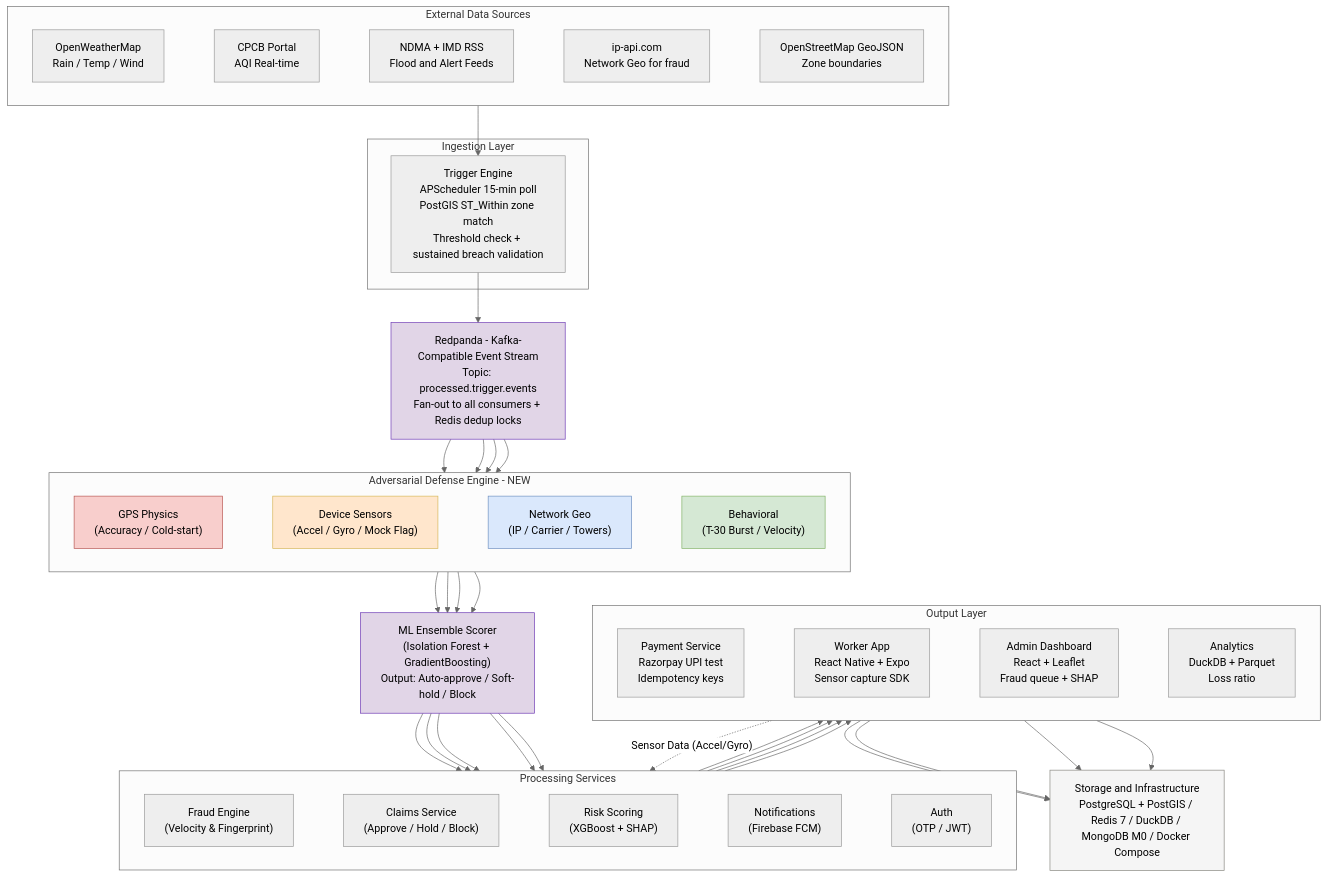
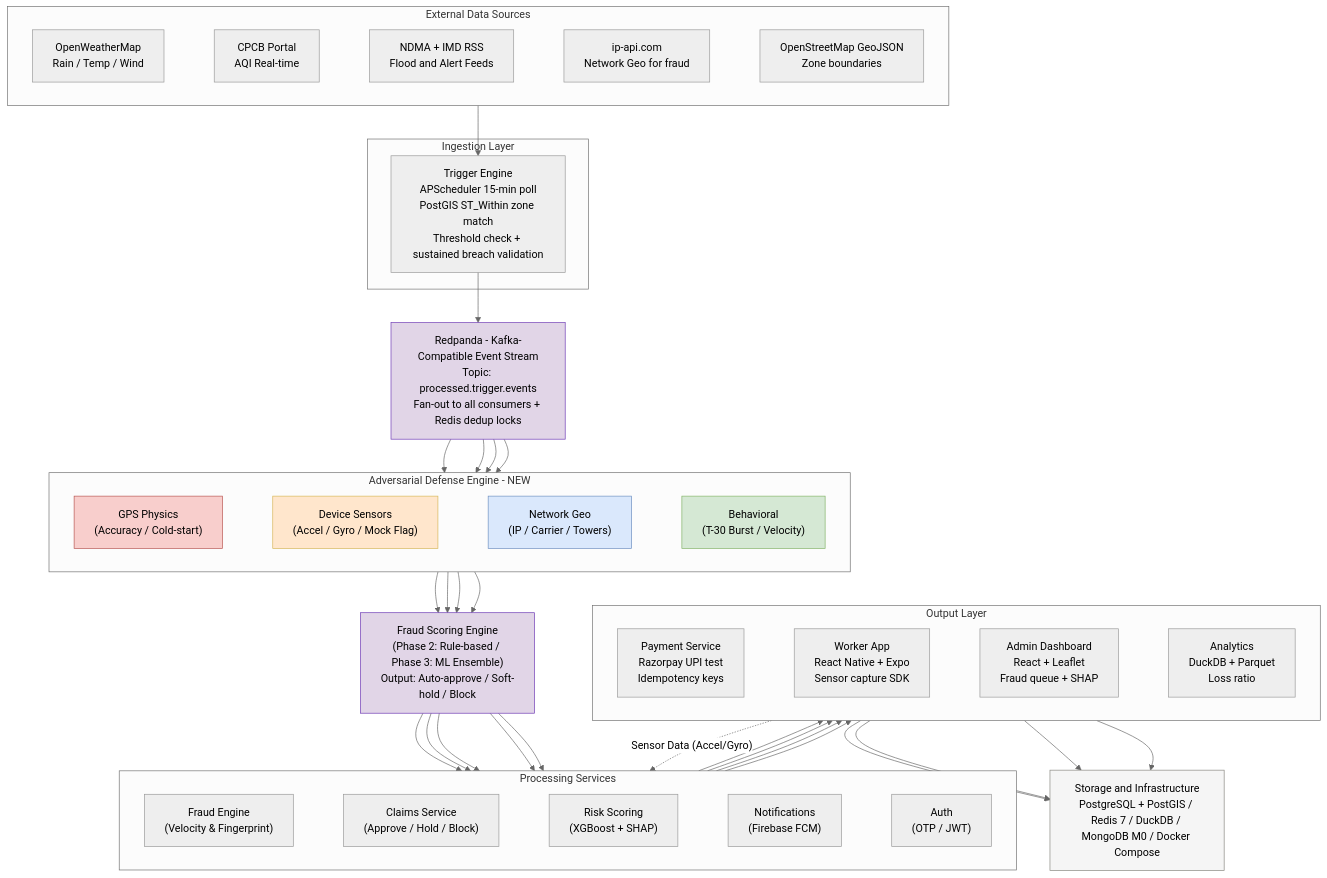
One commit to Dhruvvv-26/GigShield-Parametric-Income-Protection changed the second of 2 diagrams in README.md. Above: the diagram before and after it, drawn with Mermaid (neutral theme). The commit also changed other lines of this file and 43909 other files, not shown here.

```diff
--- a/README.md
+++ b/README.md
@@ -454,7 +476,7 @@
     REDPANDA --> NETGEO
     REDPANDA --> BEHAV
 
-    MLSCORER["ML Ensemble Scorer\n(Isolation Forest + GradientBoosting)\nOutput: Auto-approve / Soft-hold / Block"]
+    MLSCORER["Fraud Scoring Engine\n(Phase 2: Rule-based / Phase 3: ML Ensemble)\nOutput: Auto-approve / Soft-hold / Block"]
 
     GPS --> MLSCORER
     SENSOR --> MLSCORER
```
